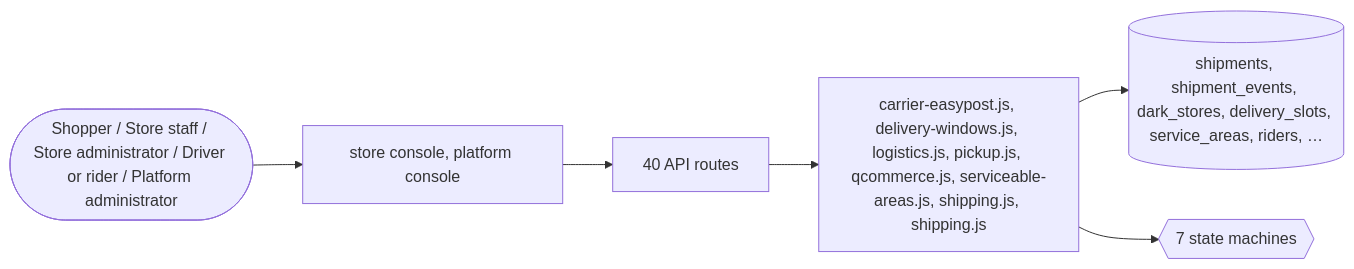
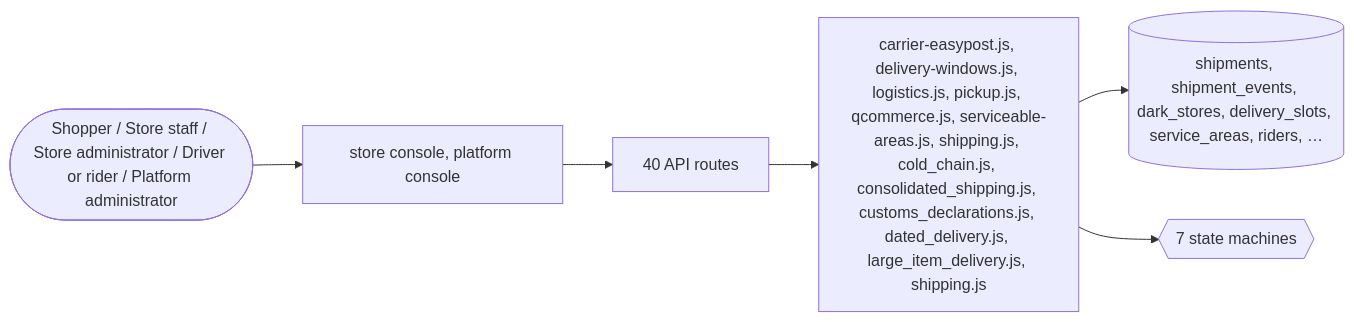
Before and after one commit to echelonxventures-Projects/universal-product: the eighth of 8 diagrams in docs/domains/shipping.md, drawn with Mermaid. The commit also changed other lines of this file and 67 other files, not shown here.

````diff
--- a/docs/domains/shipping.md
+++ b/docs/domains/shipping.md
@@ -486,8 +534,8 @@
 ```mermaid
 flowchart LR
   U([Shopper / Store staff / Store administrator / Driver or rider / Platform administrator]) --> UI[store console, platform console]
   UI --> API[40 API routes]
-  API --> ENG[carrier-easypost.js, delivery-windows.js, logistics.js, pickup.js, qcommerce.js, serviceable-areas.js, shipping.js, shipping.js]
+  API --> ENG[carrier-easypost.js, delivery-windows.js, logistics.js, pickup.js, qcommerce.js, serviceable-areas.js, shipping.js, cold_chain.js, consolidated_shipping.js, customs_declarations.js, dated_delivery.js, large_item_delivery.js, shipping.js]
   ENG --> DB[(shipments, shipment_events, dark_stores, delivery_slots, service_areas, riders, …)]
   ENG --> SM{{7 state machines}}
 ```
````
